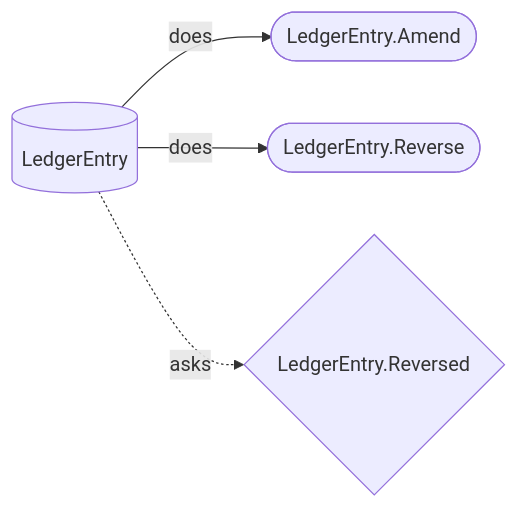
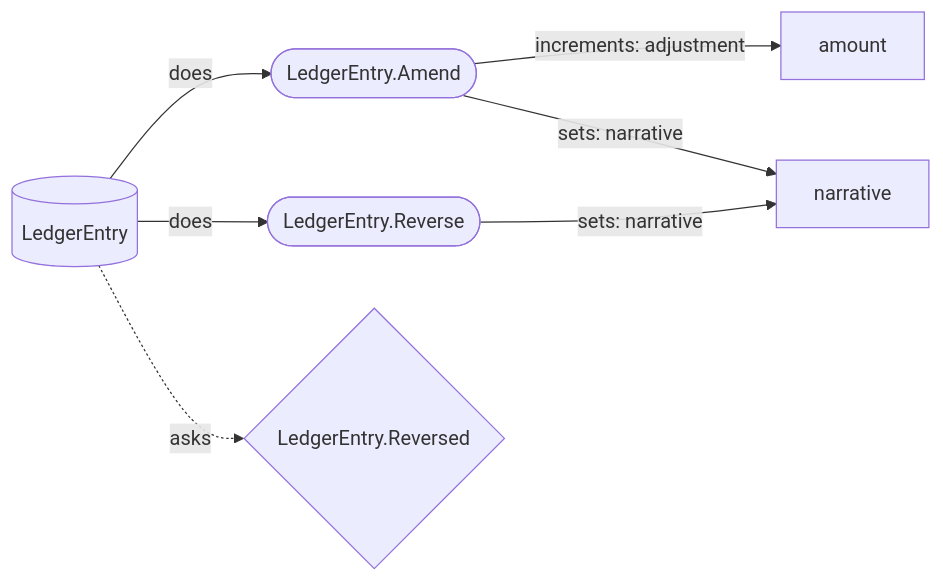
Before and after one commit to chrisyoung/hecks: the diagram in docs/generated/diagrams/banking/LedgerEntry_surface.mmd, drawn with Mermaid. The commit also changed 16 other files, not shown here.

```diff
--- a/docs/generated/diagrams/banking/LedgerEntry_surface.mmd
+++ b/docs/generated/diagrams/banking/LedgerEntry_surface.mmd
@@ -1,6 +1,9 @@
-%% GENERATED by bin/project_diagrams from LedgerEntry's own declared commands and queries — DO NOT EDIT BY HAND.
+%% GENERATED by bin/project_diagrams from LedgerEntry's own declared commands (and what each writes) and queries — DO NOT EDIT BY HAND.
 %% Re-run `bin/project_diagrams <domain-path> Banking` after any change.
 flowchart LR
     LedgerEntry[(LedgerEntry)] -->|does| cmd_LedgerEntry_Amend(["LedgerEntry.Amend"])
     LedgerEntry[(LedgerEntry)] -->|does| cmd_LedgerEntry_Reverse(["LedgerEntry.Reverse"])
+    cmd_LedgerEntry_Amend(["LedgerEntry.Amend"]) -->|"increments: adjustment"| attr_LedgerEntry_amount[amount]
+    cmd_LedgerEntry_Amend(["LedgerEntry.Amend"]) -->|"sets: narrative"| attr_LedgerEntry_narrative[narrative]
+    cmd_LedgerEntry_Reverse(["LedgerEntry.Reverse"]) -->|"sets: narrative"| attr_LedgerEntry_narrative[narrative]
     LedgerEntry[(LedgerEntry)] -.->|asks| qry_LedgerEntry_Reversed{"LedgerEntry.Reversed"}
```
